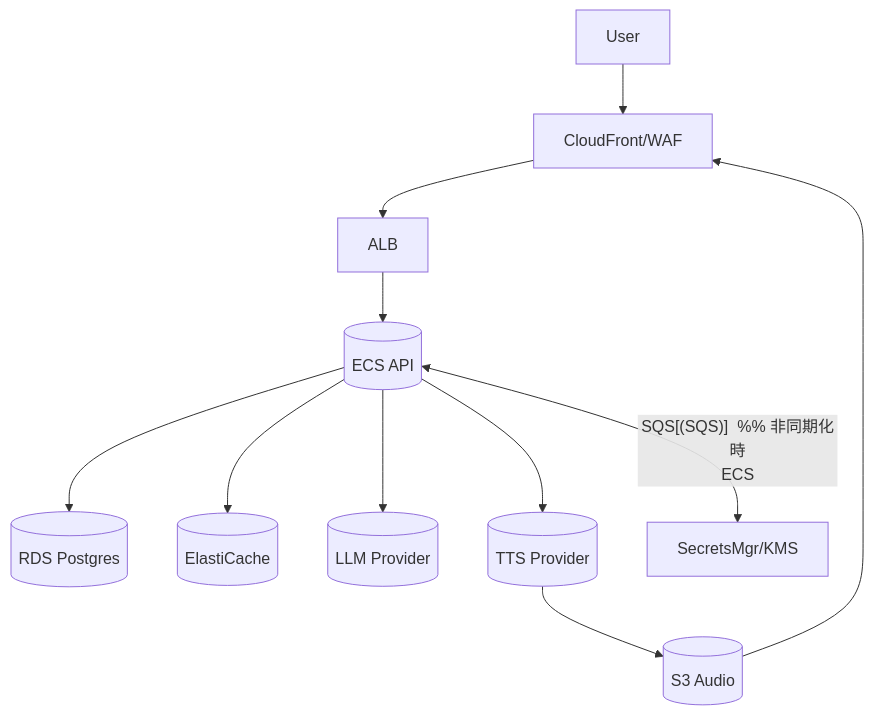
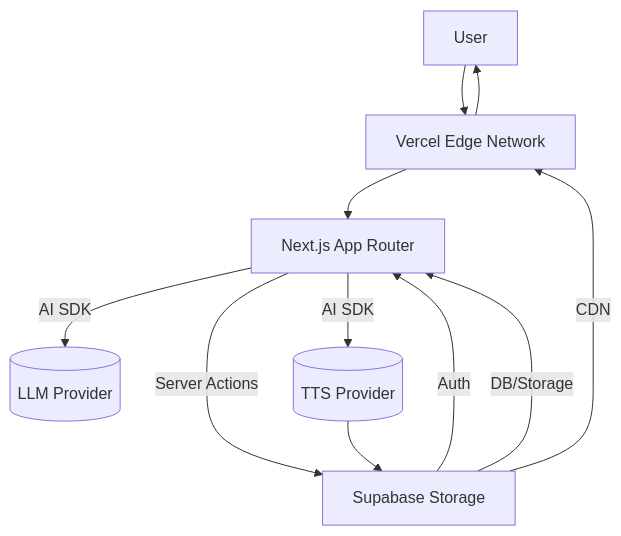
The second of 3 diagrams in read_document/要件定義書.md (ayatokobe24/practice-english-chat), drawn with Mermaid before and after one commit. The commit also changed other lines of this file, not shown here.

````diff
--- a/read_document/要件定義書.md
+++ b/read_document/要件定義書.md
@@ -238,12 +241,13 @@
 ```mermaid
 flowchart TB
-User --> CF[CloudFront/WAF] --> ALB --> ECS[(ECS API)]
-ECS --> RDS[(RDS Postgres)]
-ECS --> REDIS[(ElastiCache)]
-ECS --> LLM[(LLM Provider)]
-ECS --> TTS[(TTS Provider)]
-TTS --> S3[(S3 Audio)]
-S3 --> CF
-ECS <-- SQS[(SQS)]  %% 非同期化時
-ECS --> SM[SecretsMgr/KMS]
+User --> Vercel[Vercel Edge Network]
+Vercel --> NextJS[Next.js App Router]
+NextJS -->|Server Actions| Supabase[(Supabase)]
+Supabase -->|Auth| NextJS
+Supabase -->|DB/Storage| NextJS
+NextJS -->|AI SDK| LLM[(LLM Provider)]
+NextJS -->|AI SDK| TTS[(TTS Provider)]
+TTS --> Supabase[Supabase Storage]
+Supabase -->|CDN| Vercel
+Vercel --> User
 ```
````
